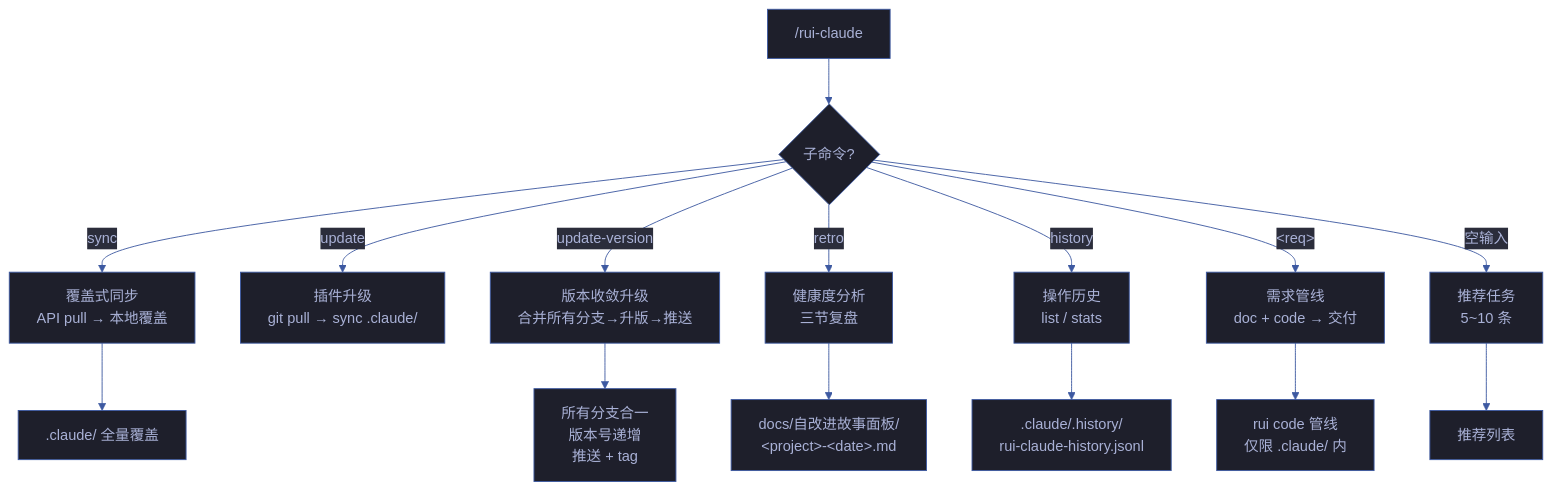
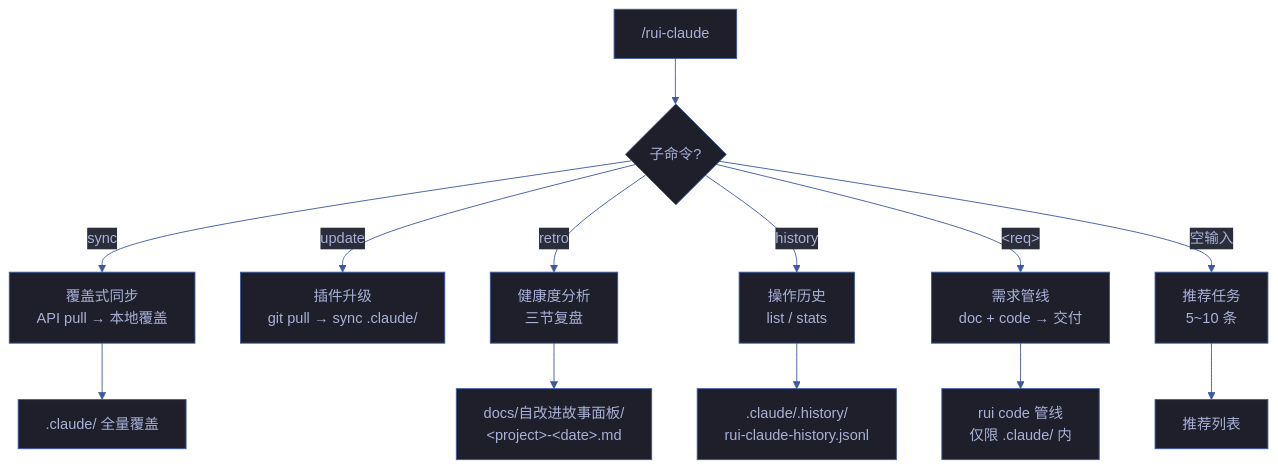
One commit to effiy/YrY changed the first of 8 diagrams in skills/rui-claude/SKILL.md. Above: the diagram before and after it, drawn with Mermaid. The commit also changed other lines of this file and 341 other files, not shown here.

````diff
--- a/skills/rui-claude/SKILL.md
+++ b/skills/rui-claude/SKILL.md
@@ -20,29 +20,27 @@
 ```mermaid
 %%{init: {'theme': 'base', 'themeVariables': {
   'primaryColor': '#1e1f2b',
   'primaryTextColor': '#a9b1d6',
   'primaryBorderColor': '#3d59a1',
   'lineColor': '#3d59a1',
   'secondaryColor': '#2b2d3b',
   'tertiaryColor': '#21232f'
 }}}%%
 flowchart TB
     ENTRY["/rui-claude"]:::src --> Q1{"子命令?"}
 
     Q1 -->|"sync"| SYNC["覆盖式同步<br/>API pull → 本地覆盖"]:::cmd
     Q1 -->|"update"| UPDATE["插件升级<br/>git pull → sync .claude/"]:::cmd
-    Q1 -->|"update-version"| UV["版本收敛升级<br/>合并所有分支→升版→推送"]:::cmd
     Q1 -->|"retro"| RETRO["健康度分析<br/>三节复盘"]:::cmd
     Q1 -->|"history"| HIST["操作历史<br/>list / stats"]:::cmd
     Q1 -->|"&lt;req&gt;"| REQ["需求管线<br/>doc + code → 交付"]:::cmd
     Q1 -->|"空输入"| LIST["推荐任务<br/>5~10 条"]:::cmd
 
     SYNC --> S_OUT[".claude/ 全量覆盖"]:::out
-    UV --> UV_OUT["所有分支合一<br/>版本号递增<br/>推送 + tag"]:::out
     RETRO --> R_OUT["docs/自改进故事面板/<br/>&lt;project&gt;-&lt;date&gt;.md"]:::out
     HIST --> H_OUT[".claude/.history/<br/>rui-claude-history.jsonl"]:::out
     REQ --> PIPE["rui code 管线<br/>仅限 .claude/ 内"]:::pipe
     LIST --> L_OUT["推荐列表"]:::out
 
 
 ```
````
